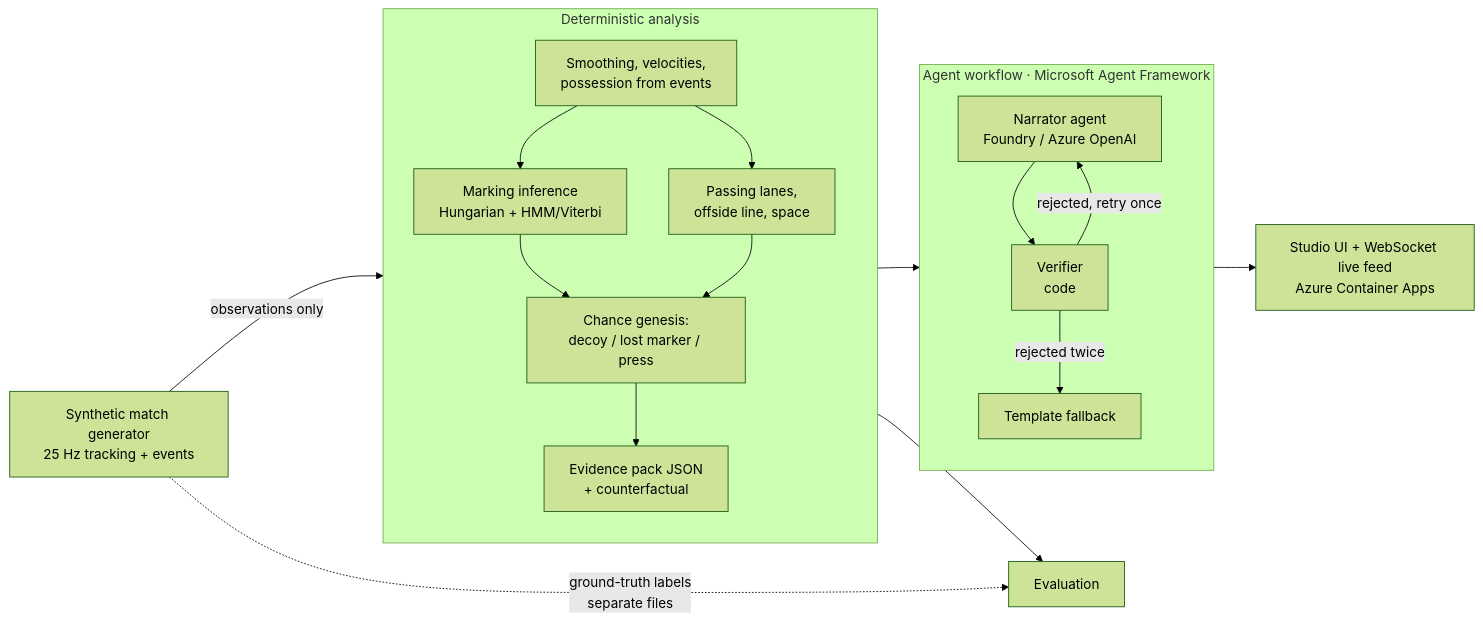
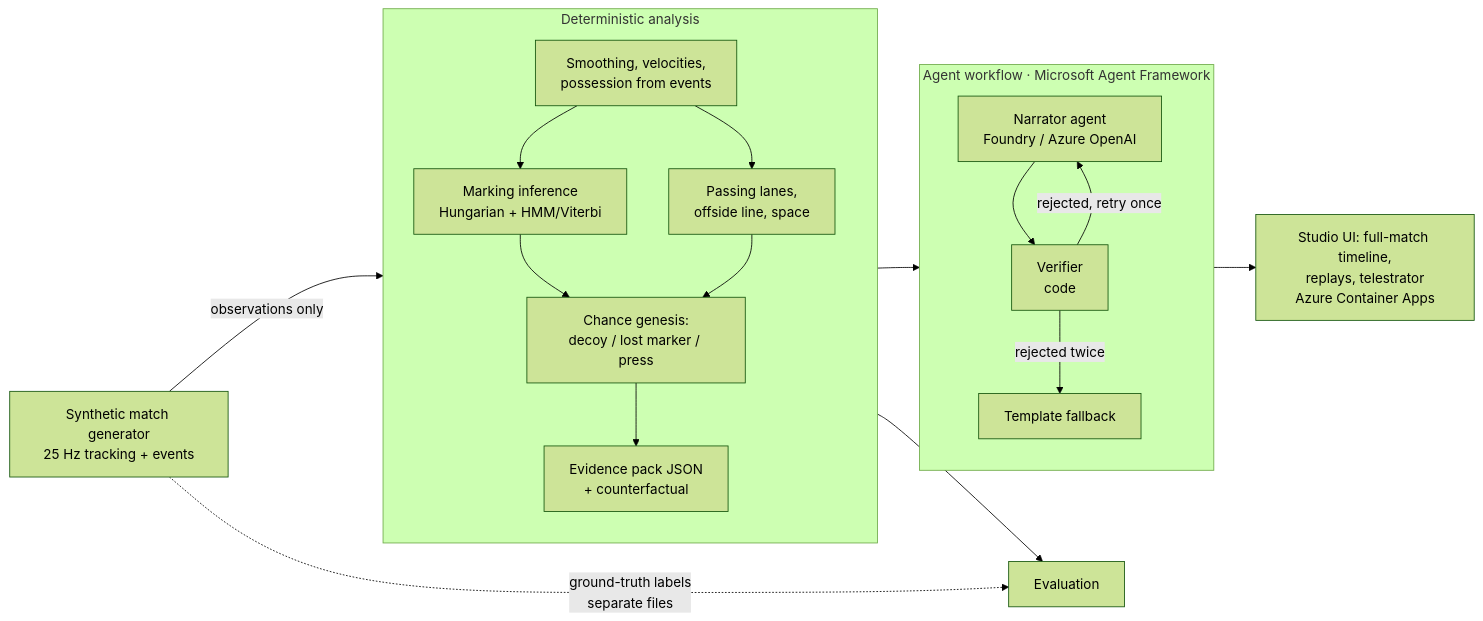
One commit to DanielXu528/chance-genesis changed the diagram in README.md. Above: the diagram before and after it, drawn with Mermaid (forest theme). The commit also changed other lines of this file and 16 other files, not shown here.

First line of the commit message:
Rework the match generator: zonal defending, players who find space and dribble, simulated ball, natural restarts; scrubbable full-match view

````diff
--- a/README.md
+++ b/README.md
@@ -62,22 +62,22 @@
 ```mermaid
 flowchart LR
   G[Synthetic match generator<br/>25 Hz tracking + events] -->|observations only| P
   G -.->|ground-truth labels<br/>separate files| E[Evaluation]
   subgraph P[Deterministic analysis]
     direction TB
     A1[Smoothing, velocities,<br/>possession from events] --> A2[Marking inference<br/>Hungarian + HMM/Viterbi]
     A2 --> A3[Chance genesis:<br/>decoy / lost marker / press]
     A1 --> A4[Passing lanes,<br/>offside line, space]
     A4 --> A3
     A3 --> A5[Evidence pack JSON<br/>+ counterfactual]
   end
   A5 --> W
   subgraph W[Agent workflow · Microsoft Agent Framework]
     direction TB
     N[Narrator agent<br/>Foundry / Azure OpenAI] --> V[Verifier<br/>code]
     V -->|rejected, retry once| N
     V -->|rejected twice| F[Template fallback]
   end
-  W --> UI[Studio UI + WebSocket live feed<br/>Azure Container Apps]
+  W --> UI[Studio UI: full-match timeline,<br/>replays, telestrator<br/>Azure Container Apps]
   P --> E
 ```
````
